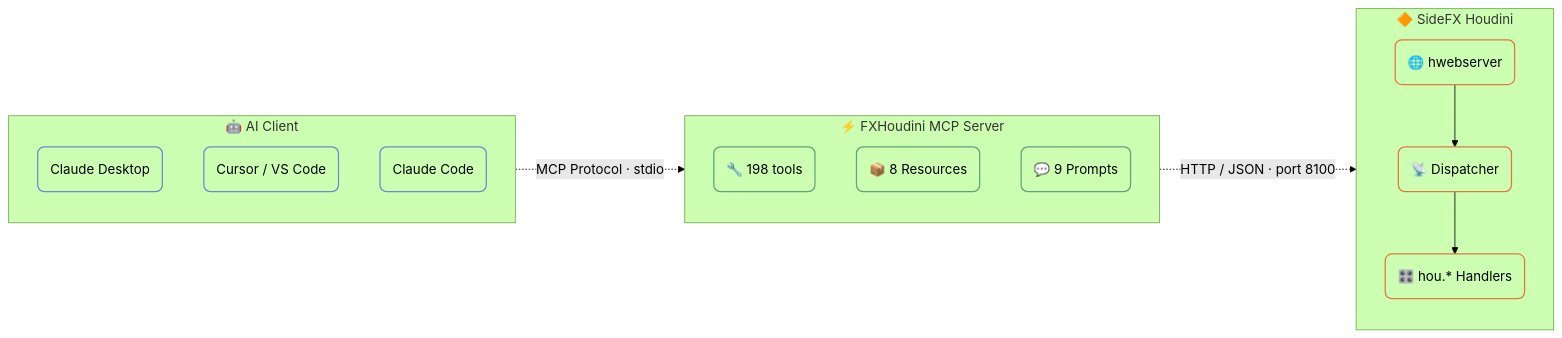
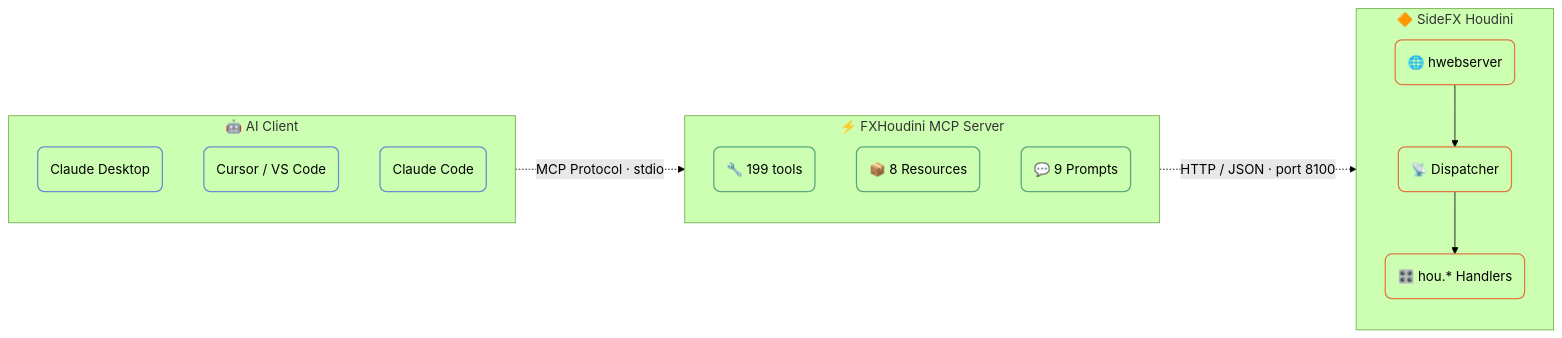
The diagram in docs/index.md (Ced04826/fxhoudinimcp), drawn with Mermaid (forest theme) before and after one commit. The commit also changed other lines of this file and 9 other files, not shown here.

````diff
--- a/docs/index.md
+++ b/docs/index.md
@@ -41,35 +41,35 @@
 ```mermaid
 flowchart LR
     subgraph Client[" 🤖 AI Client "]
         direction TB
         A1("Claude Desktop")
         A2("Cursor / VS Code")
         A3("Claude Code")
     end
 
     subgraph MCP[" ⚡ FXHoudini MCP Server "]
         direction TB
-        B1("🔧 198 tools")
+        B1("🔧 199 tools")
         B2("📦 8 Resources")
         B3("💬 9 Prompts")
     end
 
     subgraph Houdini[" 🔶 SideFX Houdini "]
         direction TB
         C1("🌐 hwebserver")
         C2("📡 Dispatcher")
         C3("🎛️ hou.* Handlers")
         C1 --> C2 --> C3
     end
 
     Client -. "MCP Protocol · stdio" .-> MCP
     MCP -. "HTTP / JSON · port 8100" .-> Houdini
 
     classDef clientNode fill:transparent,stroke:#6b8cce,stroke-width:1.5px,rx:8,ry:8
     classDef mcpNode fill:transparent,stroke:#5ba67a,stroke-width:1.5px,rx:8,ry:8
     classDef houdiniNode fill:transparent,stroke:#e07840,stroke-width:1.5px,rx:8,ry:8
 
     class A1,A2,A3 clientNode
     class B1,B2,B3 mcpNode
     class C1,C2,C3 houdiniNode
 ```
````
